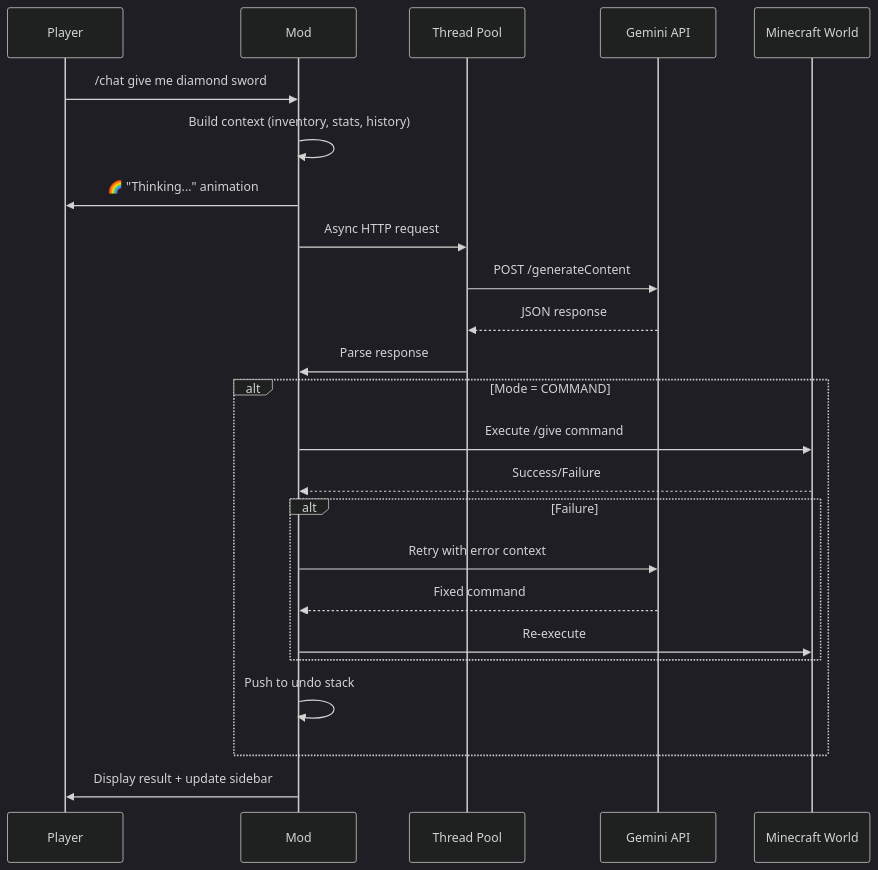
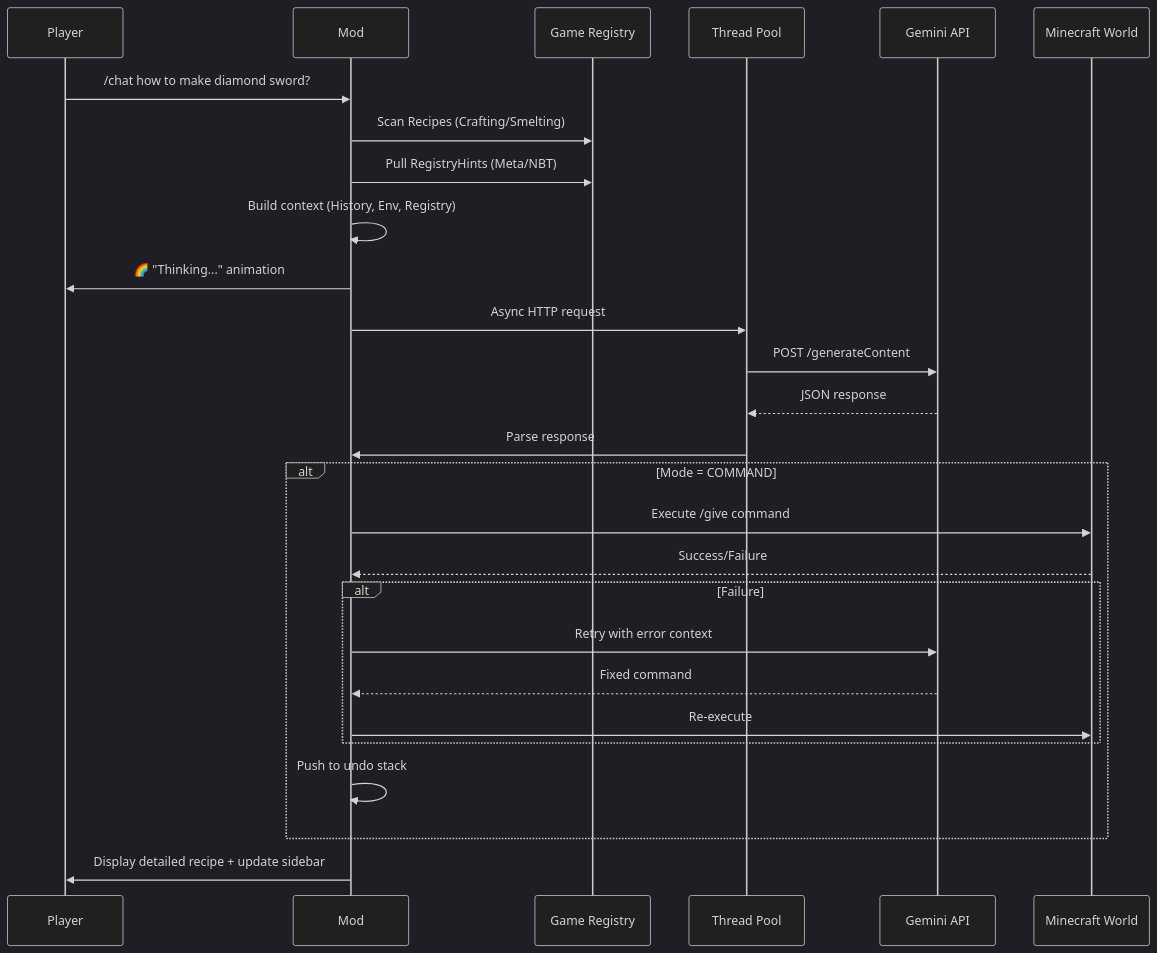
Before and after one commit to GURU-124/gemini-minecraft: the second of 6 diagrams in README.md, drawn with Mermaid (dark theme). The commit also changed other lines of this file, not shown here.

Commit message:
Update technical architecture diagrams for Registry and Recipe integrations

````diff
--- a/README.md
+++ b/README.md
@@ -175,29 +183,32 @@
 ```mermaid
 sequenceDiagram
     participant P as Player
     participant M as Mod
+    participant R as Game Registry
     participant T as Thread Pool
     participant G as Gemini API
     participant W as Minecraft World
 
-    P->>M: /chat give me diamond sword
-    M->>M: Build context (inventory, stats, history)
+    P->>M: /chat how to make diamond sword?
+    M->>R: Scan Recipes (Crafting/Smelting)
+    M->>R: Pull RegistryHints (Meta/NBT)
+    M->>M: Build context (History, Env, Registry)
     M->>P: 🌈 "Thinking..." animation
     M->>T: Async HTTP request
     T->>G: POST /generateContent
     G-->>T: JSON response
     T->>M: Parse response
     
     alt Mode = COMMAND
         M->>W: Execute /give command
         W-->>M: Success/Failure
         alt Failure
             M->>G: Retry with error context
             G-->>M: Fixed command
             M->>W: Re-execute
         end
         M->>M: Push to undo stack
     end
     
-    M->>P: Display result + update sidebar
+    M->>P: Display detailed recipe + update sidebar
 ```
````
